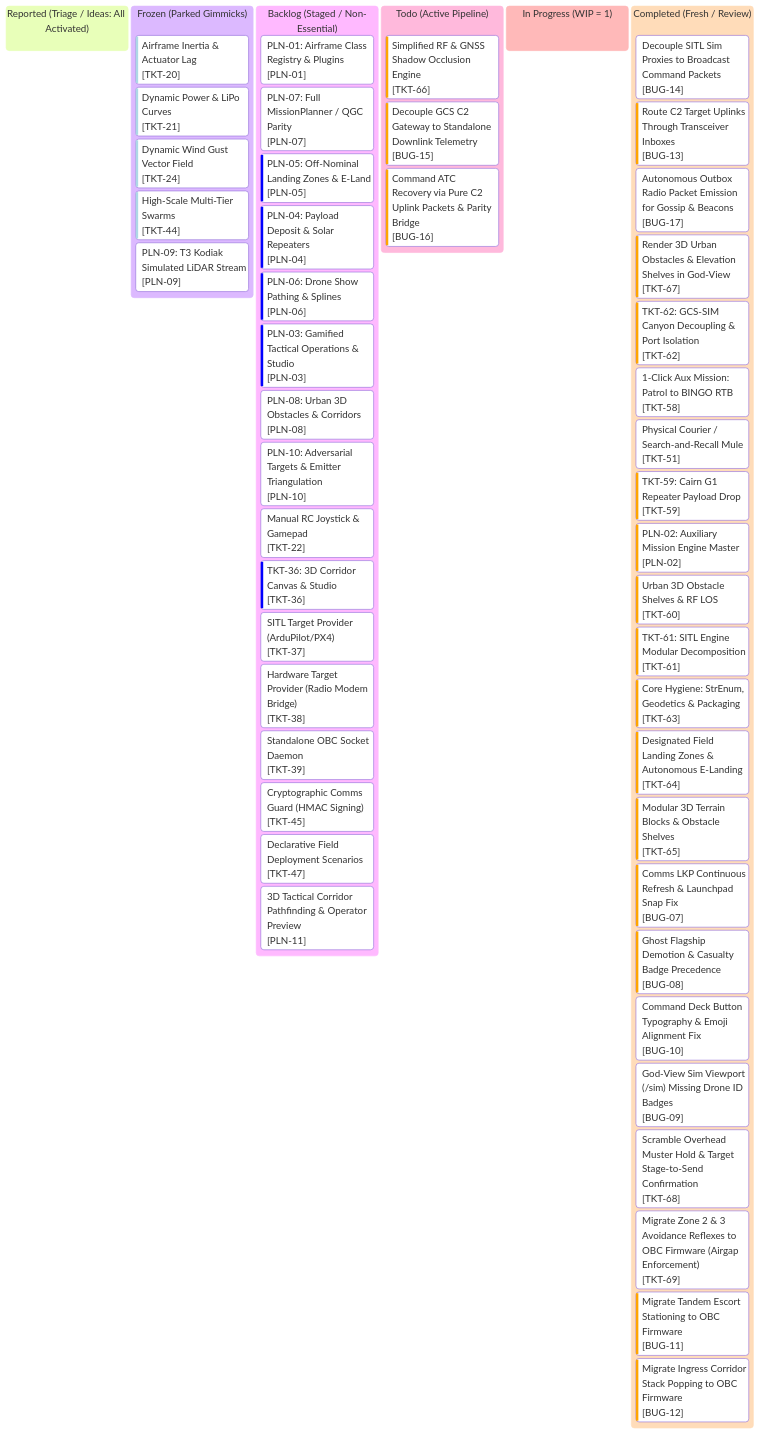
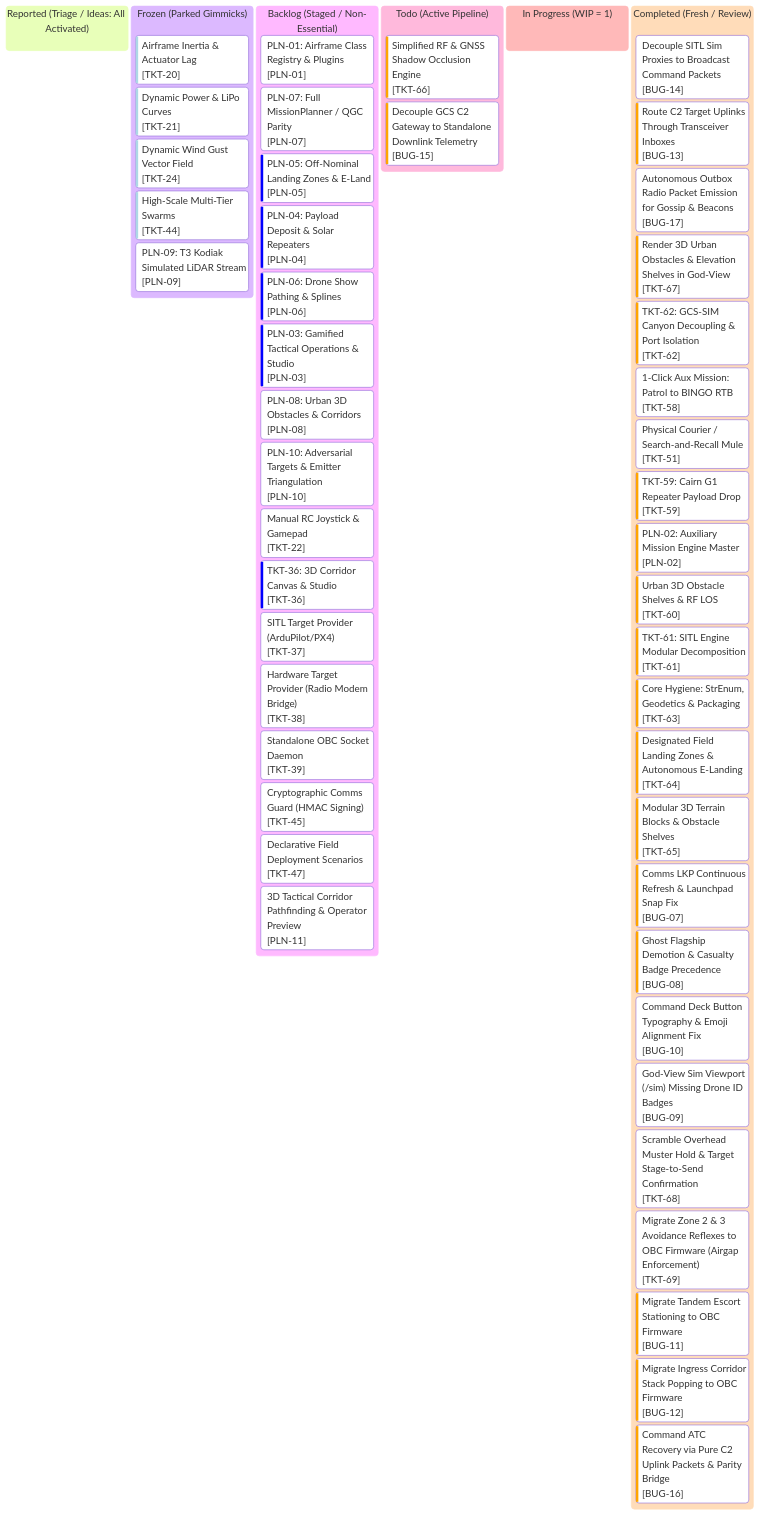
Before and after one commit to AlitheiaDeus/AlitheiaHive: the diagram in roadmap/kanban.md, drawn with Mermaid. The commit also changed other lines of this file and 6 other files, not shown here.

Commit message:
fix(atc): command atc recovery via pure c2 uplink packets and parity bridge (BUG-16 / Red 7 & Yellow 4)

````diff
--- a/roadmap/kanban.md
+++ b/roadmap/kanban.md
@@ -10,75 +10,75 @@
 ```mermaid
 %%{init: {
   'theme': 'base',
   'themeVariables': {
     'primaryColor': '#0d2235',
     'primaryTextColor': '#d4f4ff',
     'primaryBorderColor': '#00f0ff',
     'lineColor': '#00f0ff',
     'background': '#061019',
     'mainBkg': '#0a1926',
     'secondaryColor': '#081420',
     'secondaryTextColor': '#5a7e96',
     'secondaryBorderColor': '#134e6f',
     'tertiaryColor': '#0e263d',
     'tertiaryTextColor': '#00ffaa',
     'tertiaryBorderColor': '#00ffaa',
     'clusterBkg': '#081420',
     'clusterBorder': '#134e6f',
     'fontFamily': "'JetBrains Mono', 'Courier New', monospace"
   }
 }}%%
 kanban
   reported["Reported (Triage / Ideas: All Activated)"]
   frozen["Frozen (Parked Gimmicks)"]
     tkt20["Airframe Inertia & Actuator Lag"]@{ ticket: '[TKT-20]', priority: 'Very Low' }
     tkt21["Dynamic Power & LiPo Curves"]@{ ticket: '[TKT-21]', priority: 'Very Low' }
     tkt24["Dynamic Wind Gust Vector Field"]@{ ticket: '[TKT-24]', priority: 'Very Low' }
     tkt44["High-Scale Multi-Tier Swarms"]@{ ticket: '[TKT-44]', priority: 'Very Low' }
     pln09["PLN-09: T3 Kodiak Simulated LiDAR Stream"]@{ ticket: '[PLN-09]', priority: 'Medium' }
   backlog["Backlog (Staged / Non-Essential)"]
     pln01["PLN-01: Airframe Class Registry & Plugins"]@{ ticket: '[PLN-01]', priority: 'Medium' }
     pln07["PLN-07: Full MissionPlanner / QGC Parity"]@{ ticket: '[PLN-07]', priority: 'Medium' }
     pln05["PLN-05: Off-Nominal Landing Zones & E-Land"]@{ ticket: '[PLN-05]', priority: 'Low' }
     pln04["PLN-04: Payload Deposit & Solar Repeaters"]@{ ticket: '[PLN-04]', priority: 'Low' }
     pln06["PLN-06: Drone Show Pathing & Splines"]@{ ticket: '[PLN-06]', priority: 'Low' }
     pln03["PLN-03: Gamified Tactical Operations & Studio"]@{ ticket: '[PLN-03]', priority: 'Low' }
     pln08["PLN-08: Urban 3D Obstacles & Corridors"]@{ ticket: '[PLN-08]', priority: 'Medium' }
     pln10["PLN-10: Adversarial Targets & Emitter Triangulation"]@{ ticket: '[PLN-10]', priority: 'Medium' }
     tkt22["Manual RC Joystick & Gamepad"]@{ ticket: '[TKT-22]', priority: 'Medium' }
     tkt36["TKT-36: 3D Corridor Canvas & Studio"]@{ ticket: '[TKT-36]', priority: 'Low' }
     tkt37["SITL Target Provider (ArduPilot/PX4)"]@{ ticket: '[TKT-37]', priority: 'Medium' }
     tkt38["Hardware Target Provider (Radio Modem Bridge)"]@{ ticket: '[TKT-38]', priority: 'Medium' }
     tkt39["Standalone OBC Socket Daemon"]@{ ticket: '[TKT-39]', priority: 'Medium' }
     tkt45["Cryptographic Comms Guard (HMAC Signing)"]@{ ticket: '[TKT-45]', priority: 'Medium' }
     tkt47["Declarative Field Deployment Scenarios"]@{ ticket: '[TKT-47]', priority: 'Medium' }
     pln11["3D Tactical Corridor Pathfinding & Operator Preview"]@{ ticket: '[PLN-11]', priority: 'Medium' }
   todo["Todo (Active Pipeline)"]
     tkt66["Simplified RF & GNSS Shadow Occlusion Engine"]@{ ticket: '[TKT-66]', priority: 'High' }
     bug15["Decouple GCS C2 Gateway to Standalone Downlink Telemetry"]@{ ticket: '[BUG-15]', priority: 'High' }
-    bug16["Command ATC Recovery via Pure C2 Uplink Packets & Parity Bridge"]@{ ticket: '[BUG-16]', priority: 'High' }
   in_progress["In Progress (WIP = 1)"]
   completed["Completed (Fresh / Review)"]
     bug14["Decouple SITL Sim Proxies to Broadcast Command Packets"]@{ ticket: '[BUG-14]', priority: 'Normal' }
     bug13["Route C2 Target Uplinks Through Transceiver Inboxes"]@{ ticket: '[BUG-13]', priority: 'High' }
     bug17["Autonomous Outbox Radio Packet Emission for Gossip & Beacons"]@{ ticket: '[BUG-17]', priority: 'Normal' }
     tkt67["Render 3D Urban Obstacles & Elevation Shelves in God-View"]@{ ticket: '[TKT-67]', priority: 'High' }
     tkt62["TKT-62: GCS-SIM Canyon Decoupling & Port Isolation"]@{ ticket: '[TKT-62]', priority: 'High' }
     tkt58["1-Click Aux Mission: Patrol to BINGO RTB"]@{ ticket: '[TKT-58]', priority: 'Medium' }
     tkt51["Physical Courier / Search-and-Recall Mule"]@{ ticket: '[TKT-51]', priority: 'Medium' }
     tkt59["TKT-59: Cairn G1 Repeater Payload Drop"]@{ ticket: '[TKT-59]', priority: 'High' }
     pln02["PLN-02: Auxiliary Mission Engine Master"]@{ ticket: '[PLN-02]', priority: 'High' }
     tkt60["Urban 3D Obstacle Shelves & RF LOS"]@{ ticket: '[TKT-60]', priority: 'High' }
     tkt61["TKT-61: SITL Engine Modular Decomposition"]@{ ticket: '[TKT-61]', priority: 'High' }
     tkt63["Core Hygiene: StrEnum, Geodetics & Packaging"]@{ ticket: '[TKT-63]', priority: 'High' }
     tkt64["Designated Field Landing Zones & Autonomous E-Landing"]@{ ticket: '[TKT-64]', priority: 'High' }
     tkt65["Modular 3D Terrain Blocks & Obstacle Shelves"]@{ ticket: '[TKT-65]', priority: 'High' }
     bug07["Comms LKP Continuous Refresh & Launchpad Snap Fix"]@{ ticket: '[BUG-07]', priority: 'High' }
     bug08["Ghost Flagship Demotion & Casualty Badge Precedence"]@{ ticket: '[BUG-08]', priority: 'High' }
     bug10["Command Deck Button Typography & Emoji Alignment Fix"]@{ ticket: '[BUG-10]', priority: 'Normal' }
     bug09["God-View Sim Viewport (/sim) Missing Drone ID Badges"]@{ ticket: '[BUG-09]', priority: 'Normal' }
     tkt68["Scramble Overhead Muster Hold & Target Stage-to-Send Confirmation"]@{ ticket: '[TKT-68]', priority: 'Normal' }
     tkt69["Migrate Zone 2 & 3 Avoidance Reflexes to OBC Firmware (Airgap Enforcement)"]@{ ticket: '[TKT-69]', priority: 'Normal' }
     bug11["Migrate Tandem Escort Stationing to OBC Firmware"]@{ ticket: '[BUG-11]', priority: 'High' }
     bug12["Migrate Ingress Corridor Stack Popping to OBC Firmware"]@{ ticket: '[BUG-12]', priority: 'High' }
+    bug16["Command ATC Recovery via Pure C2 Uplink Packets & Parity Bridge"]@{ ticket: '[BUG-16]', priority: 'High' }
 ```
````
